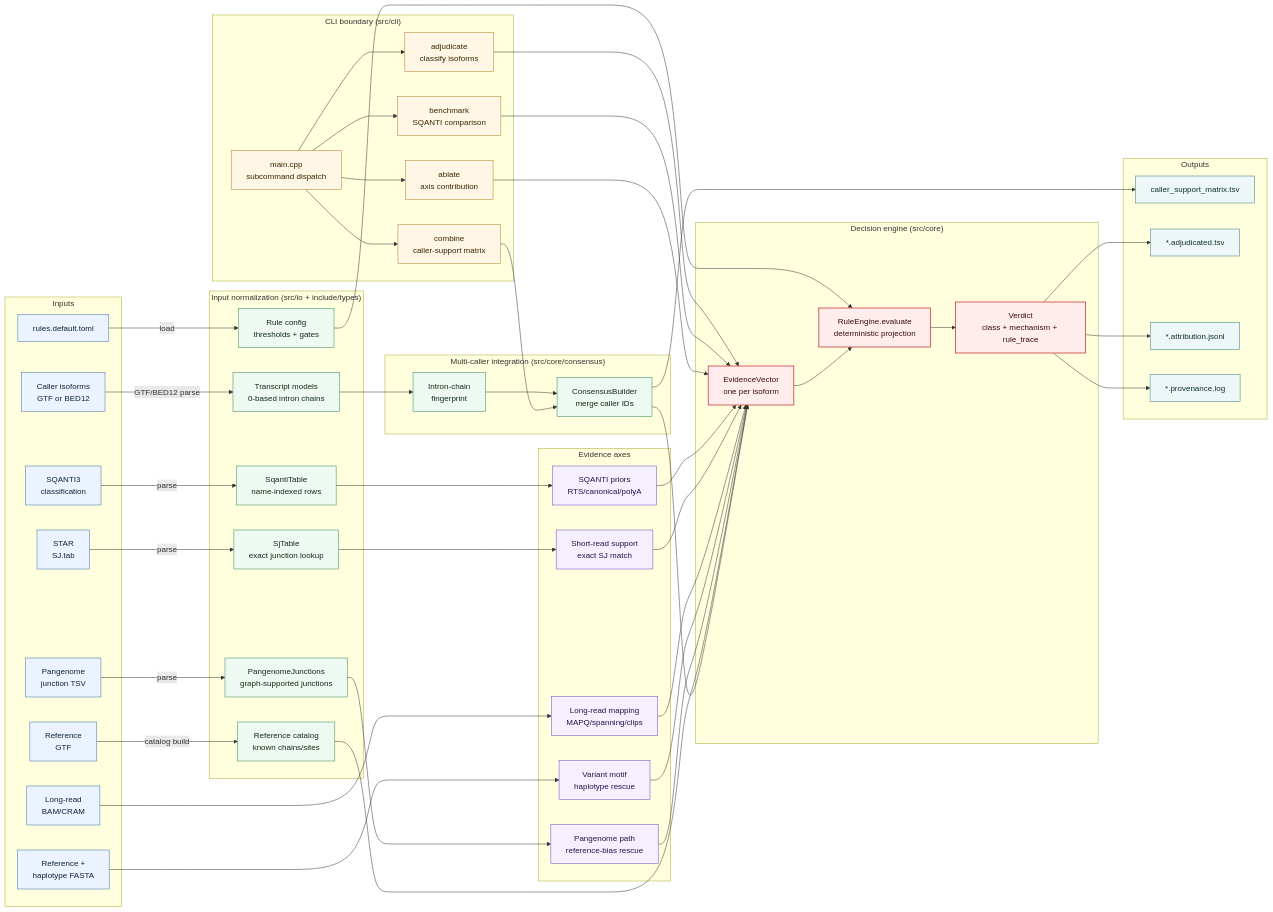
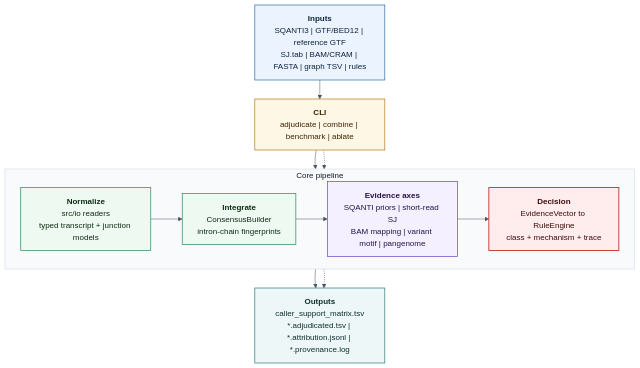
Before and after one commit to jibeomko/PanIsoGuard: the diagram in README.md, drawn with Mermaid.

Commit message:
docs: compact architecture diagram

````diff
--- a/README.md
+++ b/README.md
@@ -216,110 +216,35 @@
 ```mermaid
-flowchart LR
-  subgraph Inputs["Inputs"]
-    SQANTI["SQANTI3<br/>classification"]
-    Isoforms["Caller isoforms<br/>GTF or BED12"]
-    RefGTF["Reference<br/>GTF"]
-    SJ["STAR<br/>SJ.tab"]
-    BAM["Long-read<br/>BAM/CRAM"]
-    FASTA["Reference +<br/>haplotype FASTA"]
-    Graph["Pangenome<br/>junction TSV"]
-    Rules["rules.default.toml"]
+%%{init: {"theme": "base", "themeVariables": {"fontSize": "16px", "fontFamily": "Arial, sans-serif", "primaryTextColor": "#111827", "lineColor": "#4b5563"}, "flowchart": {"htmlLabels": true, "curve": "basis", "nodeSpacing": 30, "rankSpacing": 38}}}%%
+flowchart TB
+  Inputs["<b>Inputs</b><br/>SQANTI3 | GTF/BED12 | reference GTF<br/>SJ.tab | BAM/CRAM | FASTA | graph TSV | rules"]
+  CLI["<b>CLI</b><br/>adjudicate | combine | benchmark | ablate"]
+
+  subgraph Core["Core pipeline"]
+    direction LR
+    Normalize["<b>Normalize</b><br/>src/io readers<br/>typed transcript + junction models"]
+    Integrate["<b>Integrate</b><br/>ConsensusBuilder<br/>intron-chain fingerprints"]
+    Evidence["<b>Evidence axes</b><br/>SQANTI priors | short-read SJ<br/>BAM mapping | variant motif | pangenome"]
+    Decide["<b>Decision</b><br/>EvidenceVector to RuleEngine<br/>class + mechanism + trace"]
   end
 
-  subgraph Commands["CLI boundary (src/cli)"]
-    Main["main.cpp<br/>subcommand dispatch"]
-    Adjudicate["adjudicate<br/>classify isoforms"]
-    Combine["combine<br/>caller-support matrix"]
-    Benchmark["benchmark<br/>SQANTI comparison"]
-    Ablate["ablate<br/>axis contribution"]
-  end
+  Outputs["<b>Outputs</b><br/>caller_support_matrix.tsv<br/>*.adjudicated.tsv | *.attribution.jsonl | *.provenance.log"]
 
-  subgraph Normalize["Input normalization (src/io + include/types)"]
-    SqantiTable["SqantiTable<br/>name-indexed rows"]
-    Tx["Transcript models<br/>0-based intron chains"]
-    Catalog["Reference catalog<br/>known chains/sites"]
-    SjTable["SjTable<br/>exact junction lookup"]
-    PgTable["PangenomeJunctions<br/>graph-supported junctions"]
-    RuleConfig["Rule config<br/>thresholds + gates"]
-  end
+  Inputs --> CLI --> Normalize --> Integrate --> Evidence --> Decide --> Outputs
+  Integrate -.-> Outputs
+  CLI -.-> Decide
 
-  subgraph ConsensusLayer["Multi-caller integration (src/core/consensus)"]
-    Fingerprint["Intron-chain<br/>fingerprint"]
-    Consensus["ConsensusBuilder<br/>merge caller IDs"]
-  end
+  classDef input fill:#eaf3ff,stroke:#2f6fa8,stroke-width:1.4px,color:#0f2438,font-size:16px;
+  classDef cli fill:#fff7e6,stroke:#b7791f,stroke-width:1.4px,color:#3a2500,font-size:16px;
+  classDef core fill:#eefaf1,stroke:#2f855a,stroke-width:1.4px,color:#102a16,font-size:16px;
+  classDef evidence fill:#f5f0ff,stroke:#6b46c1,stroke-width:1.4px,color:#241447,font-size:16px;
+  classDef decision fill:#ffecec,stroke:#c53030,stroke-width:1.8px,color:#3b0d0d,font-size:16px;
+  classDef output fill:#edf7f7,stroke:#2c7a7b,stroke-width:1.4px,color:#0f2f2f,font-size:16px;
 
-  subgraph Evidence["Evidence axes"]
-    Priors["SQANTI priors<br/>RTS/canonical/polyA"]
-    ShortRead["Short-read support<br/>exact SJ match"]
-    Mapping["Long-read mapping<br/>MAPQ/spanning/clips"]
-    Variant["Variant motif<br/>haplotype rescue"]
-    Pangenome["Pangenome path<br/>reference-bias rescue"]
-  end
-
-  subgraph Decision["Decision engine (src/core)"]
-    EvidenceVector["EvidenceVector<br/>one per isoform"]
-    RuleEngine["RuleEngine.evaluate<br/>deterministic projection"]
-    Verdict["Verdict<br/>class + mechanism + rule_trace"]
-  end
-
-  subgraph Outputs["Outputs"]
-    Matrix["caller_support_matrix.tsv"]
-    Adjudicated["*.adjudicated.tsv"]
-    Attribution["*.attribution.jsonl"]
-    Provenance["*.provenance.log"]
-  end
-
-  Main --> Adjudicate
-  Main --> Combine
-  Main --> Benchmark
-  Main --> Ablate
-
-  SQANTI -->|parse| SqantiTable
-  Isoforms -->|GTF/BED12 parse| Tx
-  RefGTF -->|catalog build| Catalog
-  SJ -->|parse| SjTable
-  Graph -->|parse| PgTable
-  Rules -->|load| RuleConfig
-
-  Tx --> Fingerprint
-  Fingerprint --> Consensus
-  Combine --> Consensus
-  Consensus --> Matrix
-
-  SqantiTable --> Priors
-  SjTable --> ShortRead
-  BAM --> Mapping
-  FASTA --> Variant
-  PgTable --> Pangenome
-
-  Adjudicate --> EvidenceVector
-  Benchmark --> EvidenceVector
-  Ablate --> EvidenceVector
-  Priors --> EvidenceVector
-  ShortRead --> EvidenceVector
-  Mapping --> EvidenceVector
-  Variant --> EvidenceVector
-  Pangenome --> EvidenceVector
-  Catalog --> EvidenceVector
-  Consensus --> EvidenceVector
-  RuleConfig --> RuleEngine
-  EvidenceVector --> RuleEngine
-  RuleEngine --> Verdict
-  Verdict --> Adjudicated
-  Verdict --> Attribution
-  Verdict --> Provenance
-
-  classDef input fill:#eaf3ff,stroke:#3b6ea8,stroke-width:1px,color:#0f2438;
-  classDef cli fill:#fff7e6,stroke:#b7791f,stroke-width:1px,color:#3a2500;
-  classDef normalize fill:#eefaf1,stroke:#2f855a,stroke-width:1px,color:#102a16;
-  classDef evidence fill:#f5f0ff,stroke:#6b46c1,stroke-width:1px,color:#241447;
-  classDef decision fill:#ffecec,stroke:#c53030,stroke-width:1.5px,color:#3b0d0d;
-  classDef output fill:#edf7f7,stroke:#2c7a7b,stroke-width:1px,color:#0f2f2f;
-
-  class SQANTI,Isoforms,RefGTF,SJ,BAM,FASTA,Graph,Rules input;
-  class Main,Adjudicate,Combine,Benchmark,Ablate cli;
-  class SqantiTable,Tx,Catalog,SjTable,PgTable,RuleConfig,Fingerprint,Consensus normalize;
-  class Priors,ShortRead,Mapping,Variant,Pangenome evidence;
-  class EvidenceVector,RuleEngine,Verdict decision;
-  class Matrix,Adjudicated,Attribution,Provenance output;
+  class Inputs input;
+  class CLI cli;
+  class Normalize,Integrate core;
+  class Evidence evidence;
+  class Decide decision;
+  class Outputs output;
+  style Core fill:#f8fafc,stroke:#cbd5e1,stroke-width:1px,color:#111827;
 ```
````
